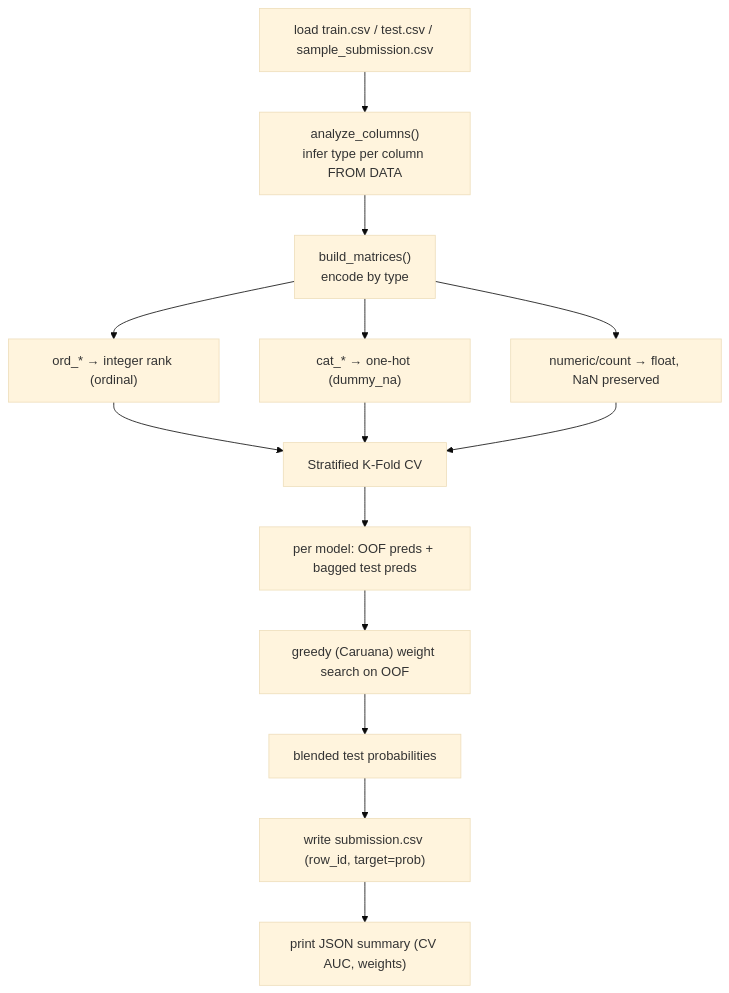
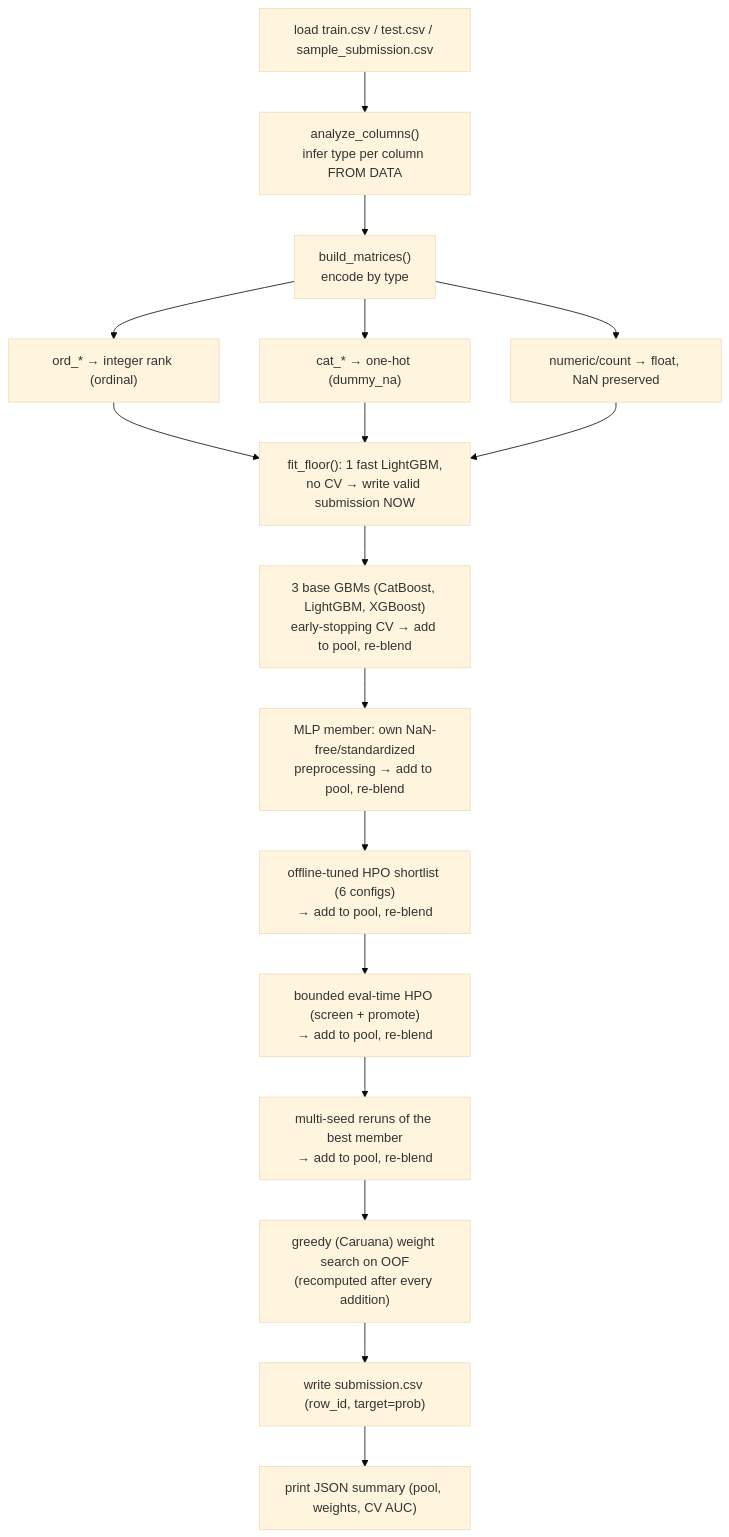
One commit to rushikeshdhumal/autonomous-agent-prediction changed the diagram in docs/05-modeling-pipeline.md. Above: the diagram before and after it, drawn with Mermaid (base theme). The commit also changed other lines of this file and 13 other files, not shown here.

Commit message:
feat: Add MLP to the tuned GBM models ensemble (#1)

````diff
--- a/docs/05-modeling-pipeline.md
+++ b/docs/05-modeling-pipeline.md
@@ -15,14 +18,17 @@
 ```mermaid
 flowchart TD
     A["load train.csv / test.csv / sample_submission.csv"] --> B["analyze_columns()<br/>infer type per column FROM DATA"]
     B --> C["build_matrices()<br/>encode by type"]
     C --> C1["ord_* → integer rank (ordinal)"]
     C --> C2["cat_* → one-hot (dummy_na)"]
     C --> C3["numeric/count → float, NaN preserved"]
-    C1 & C2 & C3 --> D["Stratified K-Fold CV"]
-    D --> E["per model: OOF preds + bagged test preds"]
-    E --> F["greedy (Caruana) weight search on OOF"]
-    F --> G["blended test probabilities"]
-    G --> H["write submission.csv (row_id, target=prob)"]
-    H --> I["print JSON summary (CV AUC, weights)"]
+    C1 & C2 & C3 --> D0["fit_floor(): 1 fast LightGBM,<br/>no CV → write valid submission NOW"]
+    D0 --> D1["3 base GBMs (CatBoost, LightGBM, XGBoost)<br/>early-stopping CV → add to pool, re-blend"]
+    D1 --> D2["MLP member: own NaN-free/standardized<br/>preprocessing → add to pool, re-blend"]
+    D2 --> D3["offline-tuned HPO shortlist (6 configs)<br/>→ add to pool, re-blend"]
+    D3 --> D4["bounded eval-time HPO (screen + promote)<br/>→ add to pool, re-blend"]
+    D4 --> D5["multi-seed reruns of the best member<br/>→ add to pool, re-blend"]
+    D5 --> F["greedy (Caruana) weight search on OOF<br/>(recomputed after every addition)"]
+    F --> H["write submission.csv (row_id, target=prob)"]
+    H --> I["print JSON summary (pool, weights, CV AUC)"]
 ```
````
